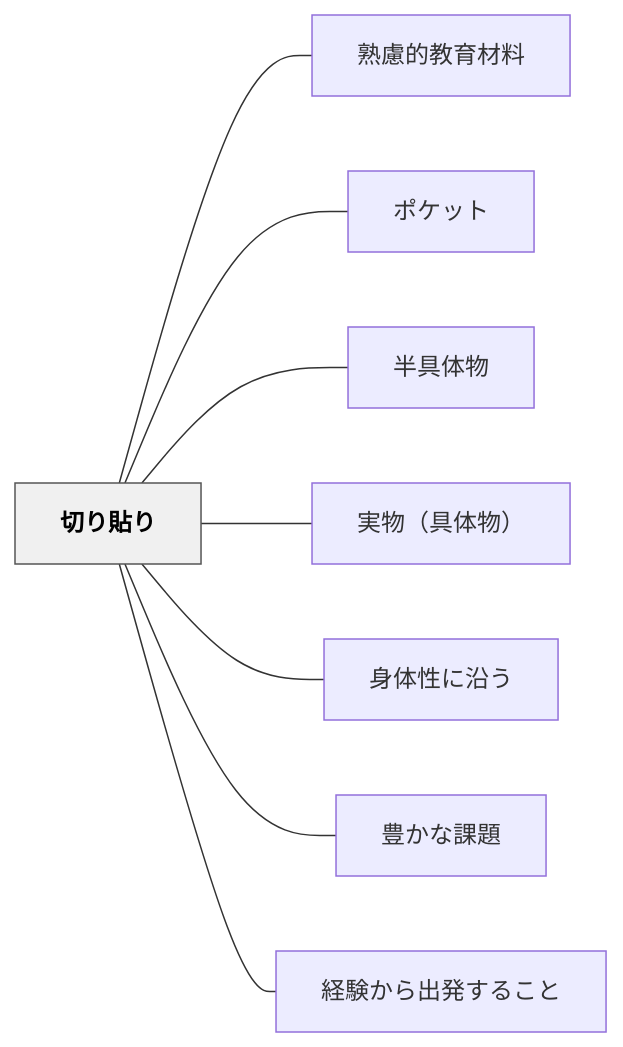
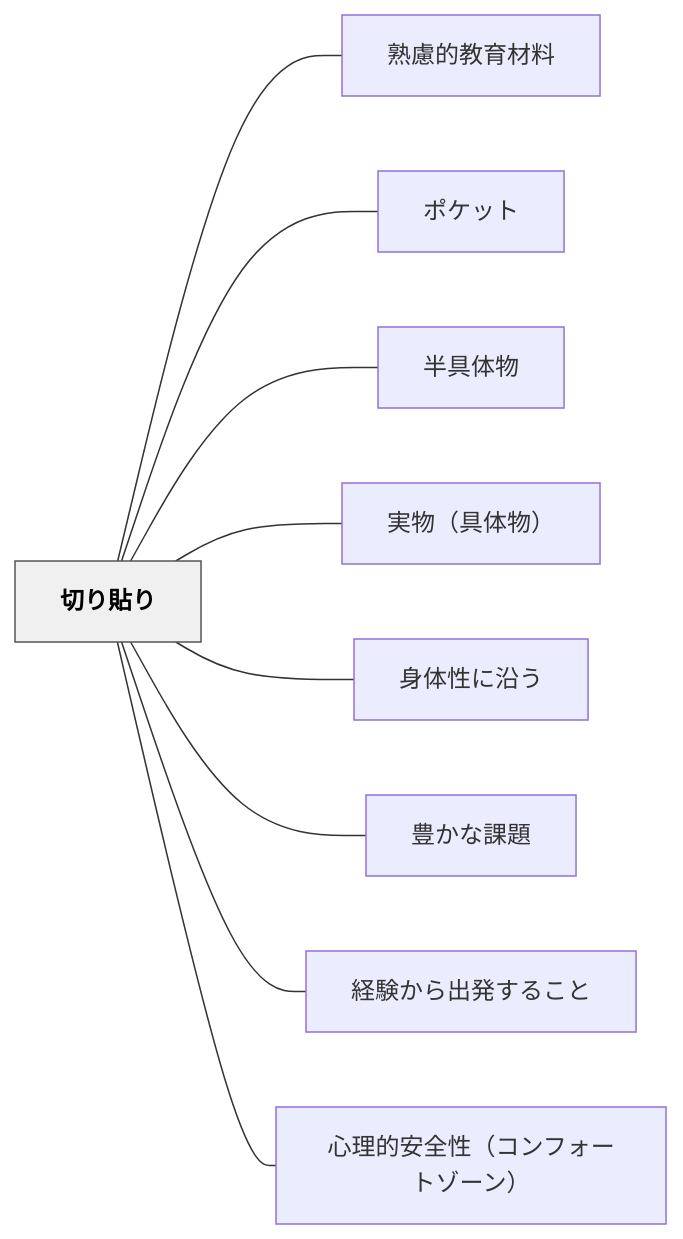
Before and after one commit to unknownthings-ed-patterns/unknownthings-ed-patterns: the diagram in content/パタン/切り貼り.md, drawn with Mermaid. The commit also changed other lines of this file and 158 other files, not shown here.

````diff
--- a/content/パタン/切り貼り.md
+++ b/content/パタン/切り貼り.md
@@ -48,22 +88,24 @@
 ```mermaid
 flowchart LR
     ne58887e3828ae8b2bce3828a["切り貼り"]
     ne7869fe685aee79a84e69599e882b2e69d90e69699["熟慮的教育材料"]
     ne3839de382b1e38383e38388["ポケット"]
     ne58d8ae585b7e4bd93e789a9["半具体物"]
     ne5ae9fe789a9efbc88e585b7e4bd93e789a9efbc89["実物（具体物）"]
     ne8baabe4bd93e680a7e381abe6b2bfe38186["身体性に沿う"]
     ne8b18ae3818be381aae8aab2e9a18c["豊かな課題"]
     ne7b58ce9a893e3818be38289e587bae799bae38199e3828be38193e381a8["経験から出発すること"]
+    ne5bf83e79086e79a84e5ae89e585a8e680a7efbc88e382b3e383b3e38395e382a9e383bce38388e382bee383bce383b3efbc89["心理的安全性（コンフォートゾーン）"]
 
     ne58887e3828ae8b2bce3828a --- ne7869fe685aee79a84e69599e882b2e69d90e69699
     ne58887e3828ae8b2bce3828a --- ne3839de382b1e38383e38388
     ne58887e3828ae8b2bce3828a --- ne58d8ae585b7e4bd93e789a9
     ne58887e3828ae8b2bce3828a --- ne5ae9fe789a9efbc88e585b7e4bd93e789a9efbc89
     ne58887e3828ae8b2bce3828a --- ne8baabe4bd93e680a7e381abe6b2bfe38186
     ne58887e3828ae8b2bce3828a --- ne8b18ae3818be381aae8aab2e9a18c
     ne58887e3828ae8b2bce3828a --- ne7b58ce9a893e3818be38289e587bae799bae38199e3828be38193e381a8
+    ne58887e3828ae8b2bce3828a --- ne5bf83e79086e79a84e5ae89e585a8e680a7efbc88e382b3e383b3e38395e382a9e383bce38388e382bee383bce383b3efbc89
 
     classDef hub fill:#f0f0f0,stroke:#555,color:#000,font-weight:bold
     class ne58887e3828ae8b2bce3828a hub
 ```
````
